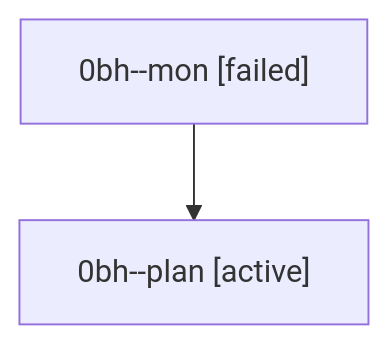
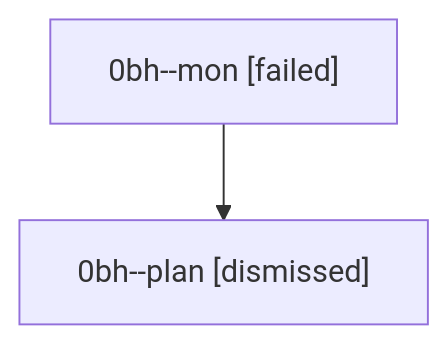
Before and after one commit to sase-org/sase--agents: the diagram in sessions/bbugyi200.athena.0bh.md, drawn with Mermaid. The commit also changed other lines of this file and 29 other files, not shown here.

````diff
--- a/sessions/bbugyi200.athena.0bh.md
+++ b/sessions/bbugyi200.athena.0bh.md
@@ -9,6 +9,6 @@
 ```mermaid
 flowchart TD
   n0["0bh--mon [failed]"]
-  n1["0bh--plan [active]"]
+  n1["0bh--plan [dismissed]"]
   n0 --> n1
 ```
````
